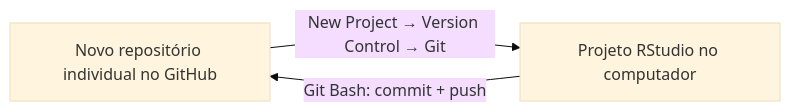
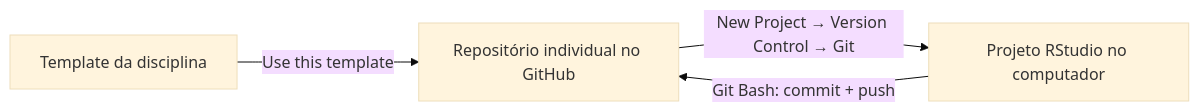
Before and after one commit to washingtonsilva/site_mpa_dtc_2026: the diagram in tutorials/git-github.qmd, drawn with Mermaid (base theme). The commit also changed other lines of this file and 6 other files, not shown here.

Commit message:
Orienta a criação do projeto individual a partir do template

````diff
--- a/tutorials/git-github.qmd
+++ b/tutorials/git-github.qmd
@@ -37,5 +62,6 @@
 ```{mermaid}
 flowchart LR
-    A["Novo repositório individual no GitHub"] -->|"New Project → Version Control → Git"| B["Projeto RStudio no computador"]
-    B -->|"Git Bash: commit + push"| A
+    A["Template da disciplina"] -->|"Use this template"| B["Repositório individual no GitHub"]
+    B -->|"New Project → Version Control → Git"| C["Projeto RStudio no computador"]
+    C -->|"Git Bash: commit + push"| B
 ```
````
